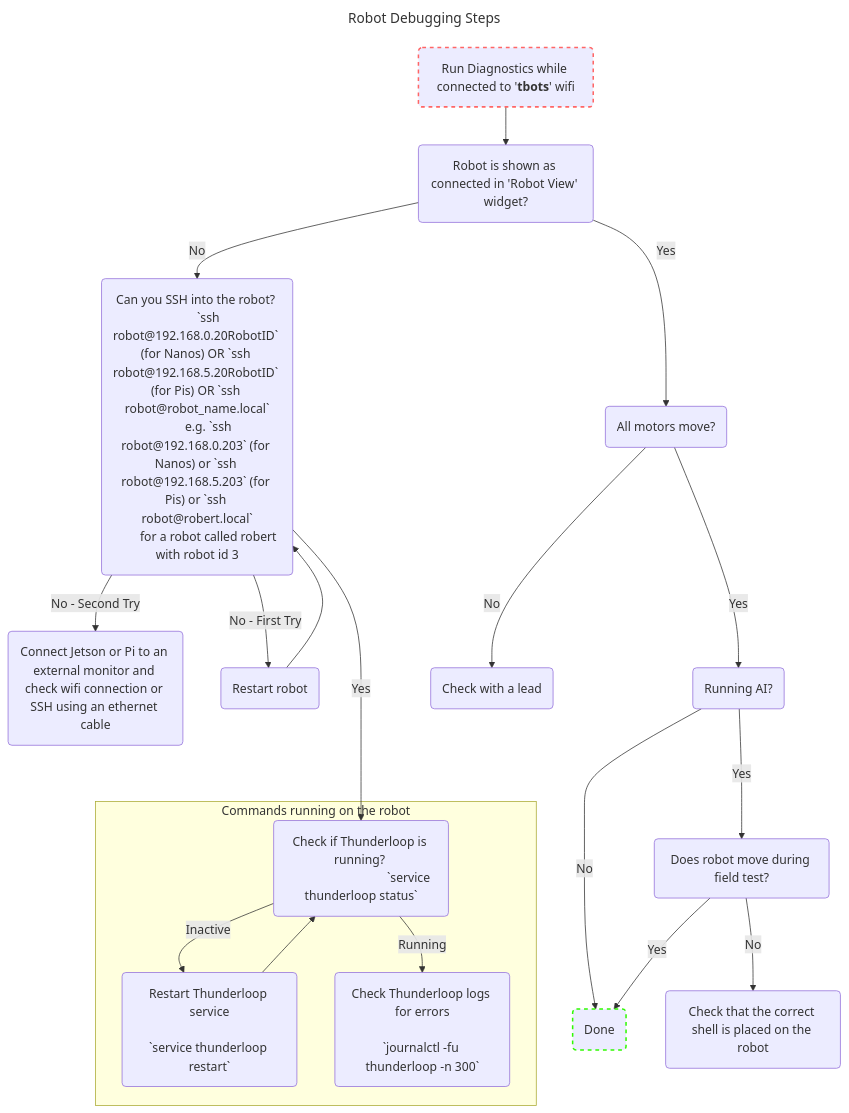
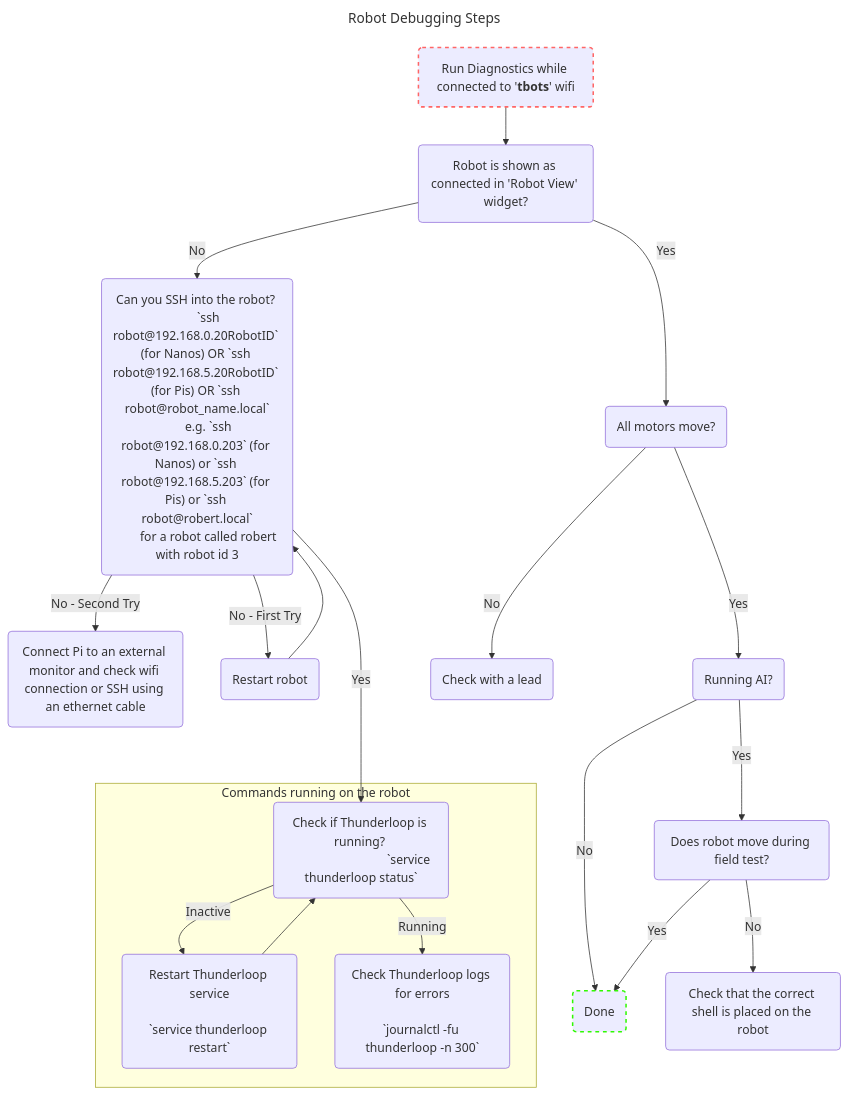
The diagram in docs/useful-robot-commands.md (UBC-Thunderbots/Software), drawn with Mermaid before and after one commit. The commit also changed other lines of this file, not shown here.

Commit message:
Remove mentions of jetson from docs

````diff
--- a/docs/useful-robot-commands.md
+++ b/docs/useful-robot-commands.md
@@ -27,40 +27,40 @@
 ```mermaid
 ---
 title: Robot Debugging Steps
 ---
 flowchart TD
     ssh("Can you SSH into the robot? 
         `ssh robot@192.168.0.20RobotID` (for Nanos) OR `ssh robot@192.168.5.20RobotID` (for Pis) OR `ssh robot@robot_name.local`
         e.g. `ssh robot@192.168.0.203` (for Nanos) or `ssh robot@192.168.5.203` (for Pis) or `ssh robot@robert.local`
         for a robot called robert with robot id 3")
     ssh ---> |Yes| tloop_status
-    ssh --> |No - Second Try| monitor("Connect Jetson or Pi to an external monitor and check wifi connection or SSH using an ethernet cable")
+    ssh --> |No - Second Try| monitor("Connect Pi to an external monitor and check wifi connection or SSH using an ethernet cable")
     ssh --> |No - First Try| restart(Restart robot)
     restart --> ssh
 
     diagnostics("`Run Diagnostics while connected to '**tbots**' wifi`") --> robot_view
     robot_view(Robot is shown as connected in 'Robot View' widget?) --> |Yes| check_motors(All motors move?)
     style diagnostics stroke:#f66,stroke-width:2px,stroke-dasharray: 5 5
 
     check_motors -->|Yes| field_test(Running AI?)
     field_test -->|No| done(Done)
     style done stroke:#30fa02,stroke-width:2px,stroke-dasharray: 5 5
     field_test -->|Yes| field_test_moves(Does robot move during field test?)
     field_test_moves --> |No| check_shell("`Check that the correct shell is placed on the robot`")
     check_shell
     field_test_moves --> |Yes| done
 
     robot_view --> |No| ssh
     check_motors -->|No| rip
     rip(Check with a lead)
                   
     subgraph ssh_graph [Commands running on the robot]
     tloop_status(Check if Thunderloop is running? 
                                `service thunderloop status`)
     tloop_status --> |Inactive| tloop_restart(Restart Thunderloop service
                                               `service thunderloop restart`)
     tloop_status --> |Running| tloop_logs(Check Thunderloop logs for errors
                                           `journalctl -fu thunderloop -n 300`)
     tloop_restart --> tloop_status
     end
 ```
````
